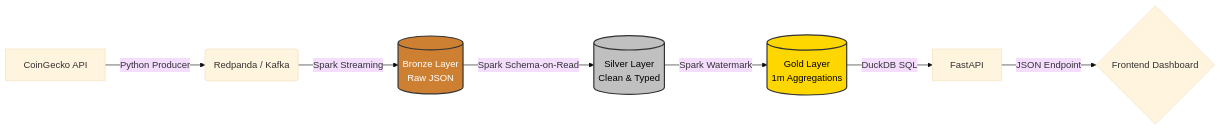
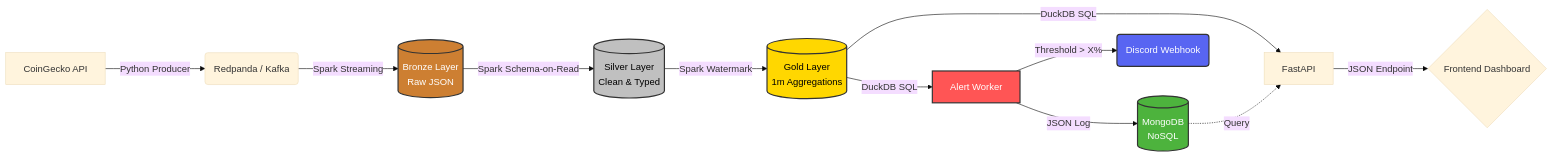
Before and after one commit to Andr3yGabriel/cryptostream-lakehouse: the diagram in README.MD, drawn with Mermaid (base theme). The commit also changed other lines of this file, not shown here.

Commit message:
docs: update architecture diagram and instructions to include alerting system and mongodb

````diff
--- a/README.MD
+++ b/README.MD
@@ -11,13 +11,20 @@
 ```mermaid
 graph LR
     A[CoinGecko API] -->|Python Producer| B(Redpanda / Kafka)
     B -->|Spark Streaming| C[(Bronze Layer<br>Raw JSON)]
     C -->|Spark Schema-on-Read| D[(Silver Layer<br>Clean & Typed)]
     D -->|Spark Watermark| E[(Gold Layer<br>1m Aggregations)]
     E -->|DuckDB SQL| F[FastAPI]
+    E -->|DuckDB SQL| H[Alert Worker]
+    H -->|Threshold > X%| I(Discord Webhook)
+    H -->|JSON Log| J[(MongoDB<br>NoSQL)]
     F -->|JSON Endpoint| G{Frontend Dashboard}
+    J -.->|Query| F
     
     style C fill:#cd7f32,stroke:#333,stroke-width:2px,color:#fff
     style D fill:#c0c0c0,stroke:#333,stroke-width:2px,color:#000
     style E fill:#ffd700,stroke:#333,stroke-width:2px,color:#000
+    style H fill:#ff5555,stroke:#333,stroke-width:2px,color:#fff
+    style I fill:#5865F2,stroke:#333,stroke-width:2px,color:#fff
+    style J fill:#4db33d,stroke:#333,stroke-width:2px,color:#fff
 ```
````
